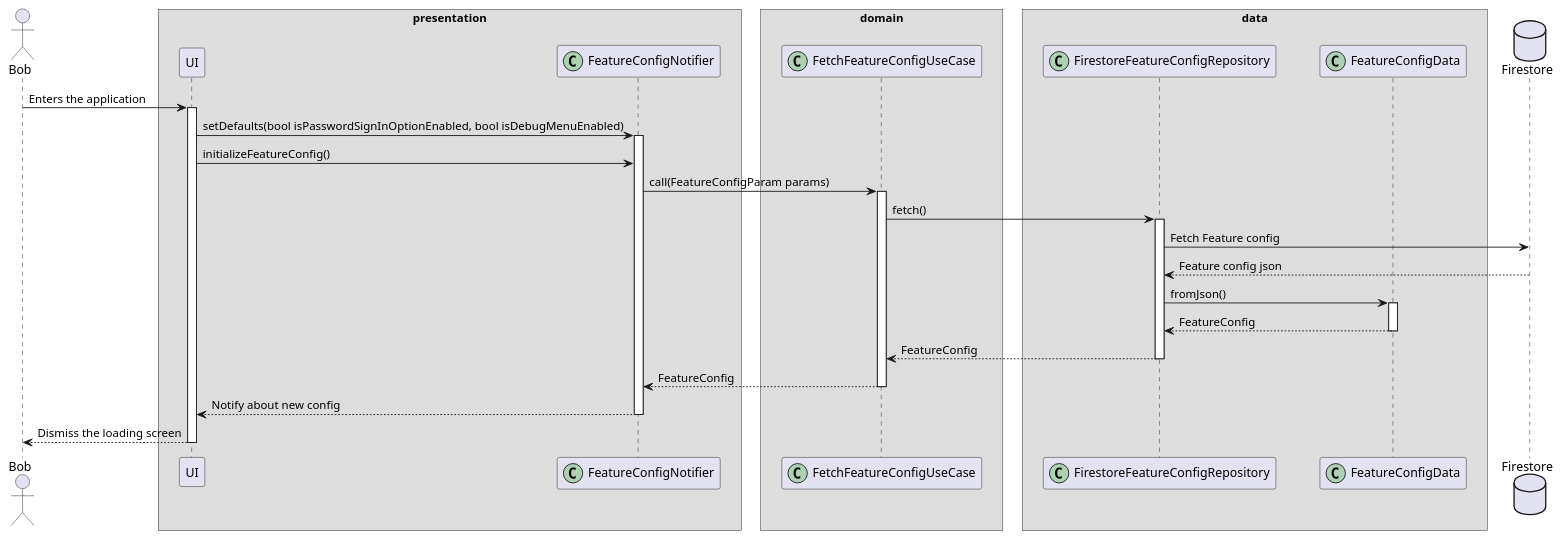
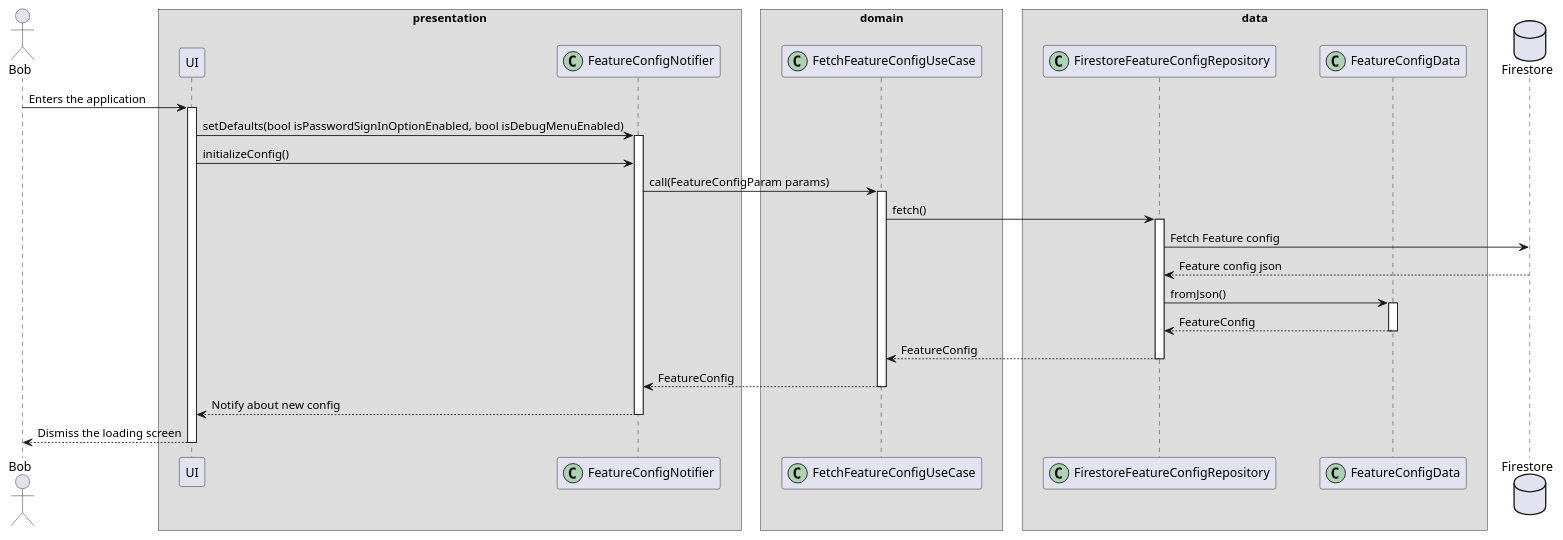
One commit to Flank/flank-dashboard changed the diagram in metrics/web/docs/features/feature_config/diagrams/feature_config_sequence_diagram.puml. Above: the diagram before and after it, drawn with PlantUML. The commit also changed 9 other files, not shown here.

```diff
--- a/metrics/web/docs/features/feature_config/diagrams/feature_config_sequence_diagram.puml
+++ b/metrics/web/docs/features/feature_config/diagrams/feature_config_sequence_diagram.puml
@@ -1,58 +1,58 @@
 @startuml feature_config_sequence_diagram
 skinparam ParticipantPadding 20
 skinparam BoxPadding 10
 
 actor Bob
 
 box "presentation"
 participant UI
 participant FeatureConfigNotifier << (C,#ADD1B2) >>
 end box
 
 box "domain"
 participant FetchFeatureConfigUseCase << (C,#ADD1B2) >>
 end box
 
 box "data"
 participant FirestoreFeatureConfigRepository << (C,#ADD1B2) >>
 participant FeatureConfigData << (C,#ADD1B2) >>
 end box
 
 database "Firestore" as FRC
 
 Bob -> UI : Enters the application
 activate UI
 
 UI -> FeatureConfigNotifier : setDefaults(bool isPasswordSignInOptionEnabled, bool isDebugMenuEnabled)
 activate FeatureConfigNotifier
-UI -> FeatureConfigNotifier : initializeFeatureConfig()
+UI -> FeatureConfigNotifier : initializeConfig()
 
 FeatureConfigNotifier -> FetchFeatureConfigUseCase : call(FeatureConfigParam params)
 activate FetchFeatureConfigUseCase
 
 FetchFeatureConfigUseCase -> FirestoreFeatureConfigRepository : fetch()
 activate FirestoreFeatureConfigRepository
 
 FirestoreFeatureConfigRepository -> FRC : Fetch Feature config
 
 FRC --> FirestoreFeatureConfigRepository : Feature config json
 
 FirestoreFeatureConfigRepository -> FeatureConfigData : fromJson()
 activate FeatureConfigData
 
 FeatureConfigData --> FirestoreFeatureConfigRepository : FeatureConfig
 deactivate FeatureConfigData
 
 FirestoreFeatureConfigRepository --> FetchFeatureConfigUseCase : FeatureConfig
 deactivate FirestoreFeatureConfigRepository
 
 FetchFeatureConfigUseCase --> FeatureConfigNotifier : FeatureConfig
 deactivate FetchFeatureConfigUseCase
 
 FeatureConfigNotifier --> UI : Notify about new config
 deactivate FeatureConfigNotifier
 
 UI --> Bob : Dismiss the loading screen
 deactivate UI
 
 @enduml
```
